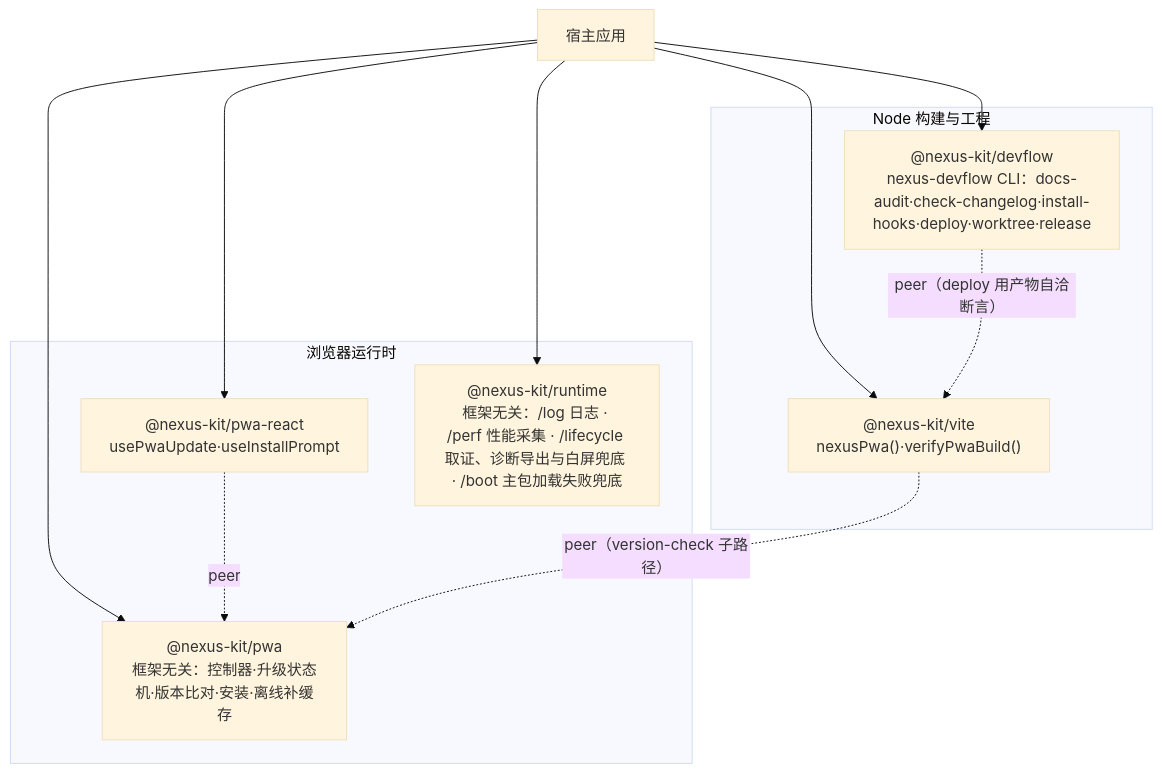
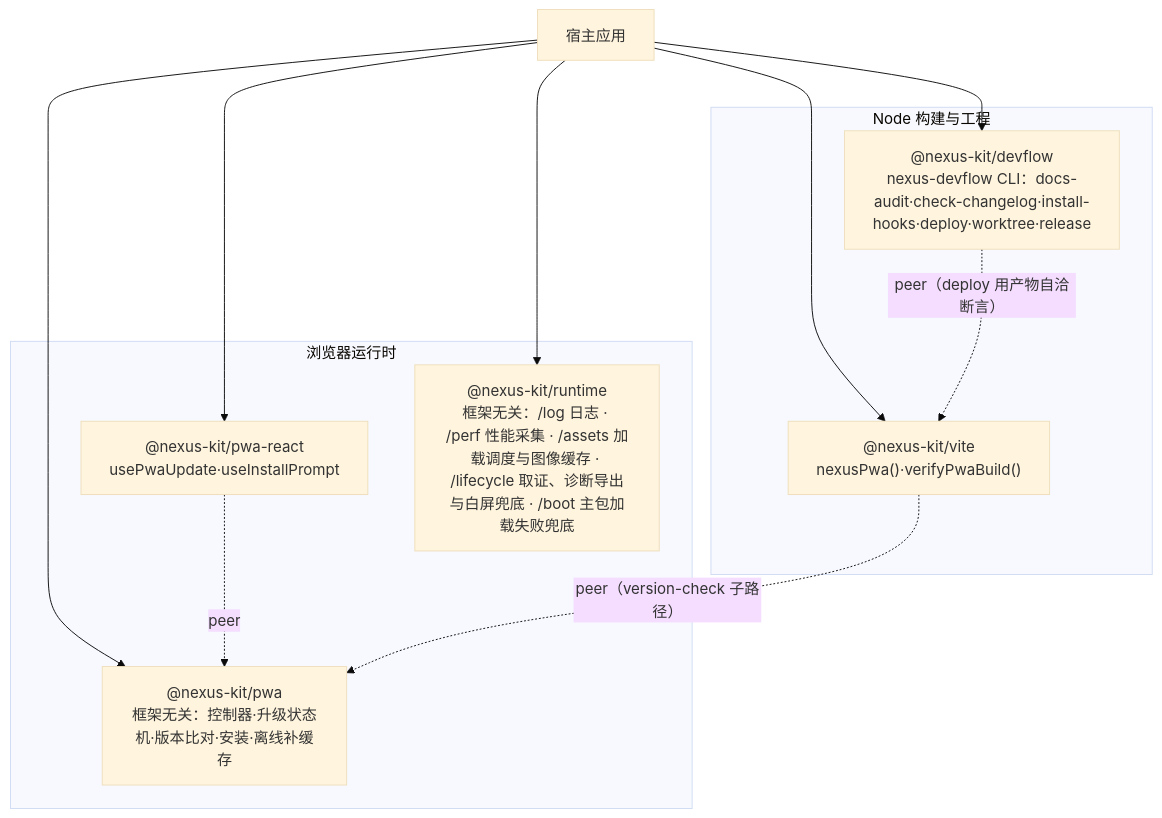
The first of 2 diagrams in docs/架构算法/总览.md (iazrael/nexus-kit), drawn with Mermaid (base theme) before and after one commit. The commit also changed other lines of this file and 25 other files, not shown here.

First line of the commit message:
feat(runtime): 新增 /assets 图像资源——加载调度器、关键闸门、解码位图缓存（运行时基础设施第三期）

````diff
--- a/docs/架构算法/总览.md
+++ b/docs/架构算法/总览.md
@@ -7,16 +7,16 @@
 ```mermaid
 flowchart TB
   subgraph 浏览器运行时
     PWA["@nexus-kit/pwa<br/>框架无关：控制器·升级状态机·版本比对·安装·离线补缓存"]
     PR["@nexus-kit/pwa-react<br/>usePwaUpdate·useInstallPrompt"]
-    RT["@nexus-kit/runtime<br/>框架无关：/log 日志 · /perf 性能采集 · /lifecycle 取证、诊断导出与白屏兜底 · /boot 主包加载失败兜底"]
+    RT["@nexus-kit/runtime<br/>框架无关：/log 日志 · /perf 性能采集 · /assets 加载调度与图像缓存 · /lifecycle 取证、诊断导出与白屏兜底 · /boot 主包加载失败兜底"]
   end
   subgraph Node 构建与工程
     VITE["@nexus-kit/vite<br/>nexusPwa()·verifyPwaBuild()"]
     DF["@nexus-kit/devflow<br/>nexus-devflow CLI：docs-audit·check-changelog·install-hooks·deploy·worktree·release"]
   end
   PR -. peer .-> PWA
   VITE -. "peer（version-check 子路径）" .-> PWA
   DF -. "peer（deploy 用产物自洽断言）" .-> VITE
   APP[宿主应用] --> PWA & PR & RT & VITE & DF
 ```
````
